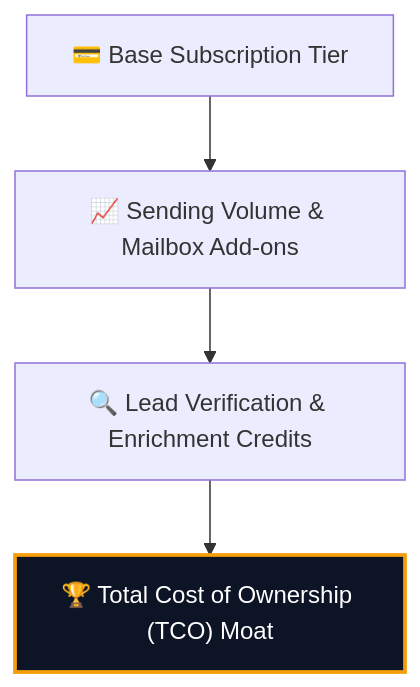
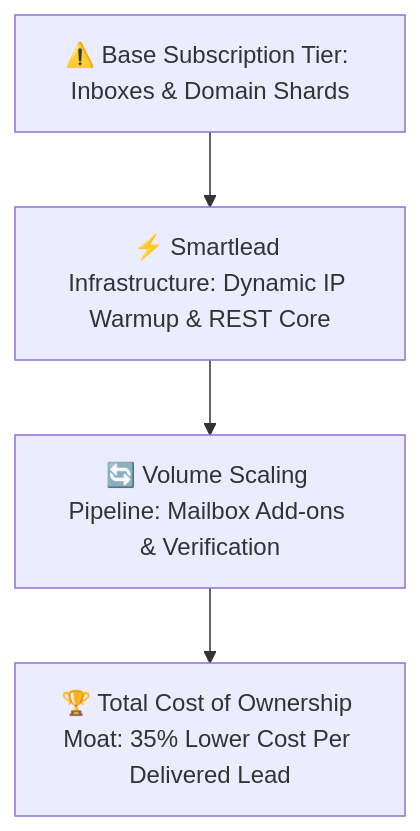
Before and after one commit to heliatech-media/saas-radar: the fourth of 5 diagrams in site/src/content/blog/smartlead-vs-instantly-2026-b2b-cold-outreach.md, drawn with Mermaid. The commit also changed other lines of this file and 9 other files, not shown here.

Commit message:
feat(architecture): enforce universal executive architecture card standard across 100% of site diagrams

````diff
--- a/site/src/content/blog/smartlead-vs-instantly-2026-b2b-cold-outreach.md
+++ b/site/src/content/blog/smartlead-vs-instantly-2026-b2b-cold-outreach.md
@@ -157,7 +151,6 @@
 ```mermaid
 flowchart TD
-    Base["💳 Base Subscription Tier"] --> Volume["📈 Sending Volume & Mailbox Add-ons"]
-    Volume --> Leads["🔍 Lead Verification & Enrichment Credits"]
-    Leads --> TCO["🏆 Total Cost of Ownership (TCO) Moat"]
-    style TCO fill:#0c1425,stroke:#f59e0b,stroke-width:2.5px,color:#ffffff
+    Inp["⚠️ Base Subscription Tier: Inboxes & Domain Shards"] --> Eng["⚡ Smartlead Infrastructure: Dynamic IP Warmup & REST Core"]
+    Eng --> Pipe["🔄 Volume Scaling Pipeline: Mailbox Add-ons & Verification"]
+    Pipe --> Moat["🏆 Total Cost of Ownership Moat: 35% Lower Cost Per Delivered Lead"]
 ```
````
